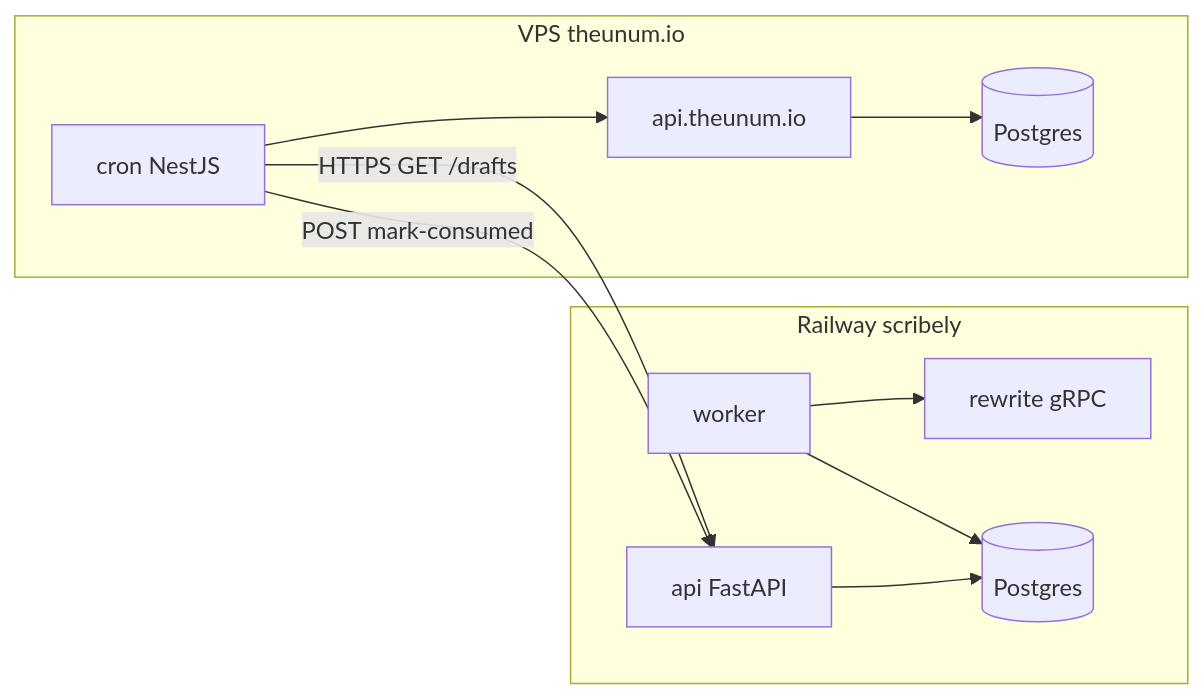
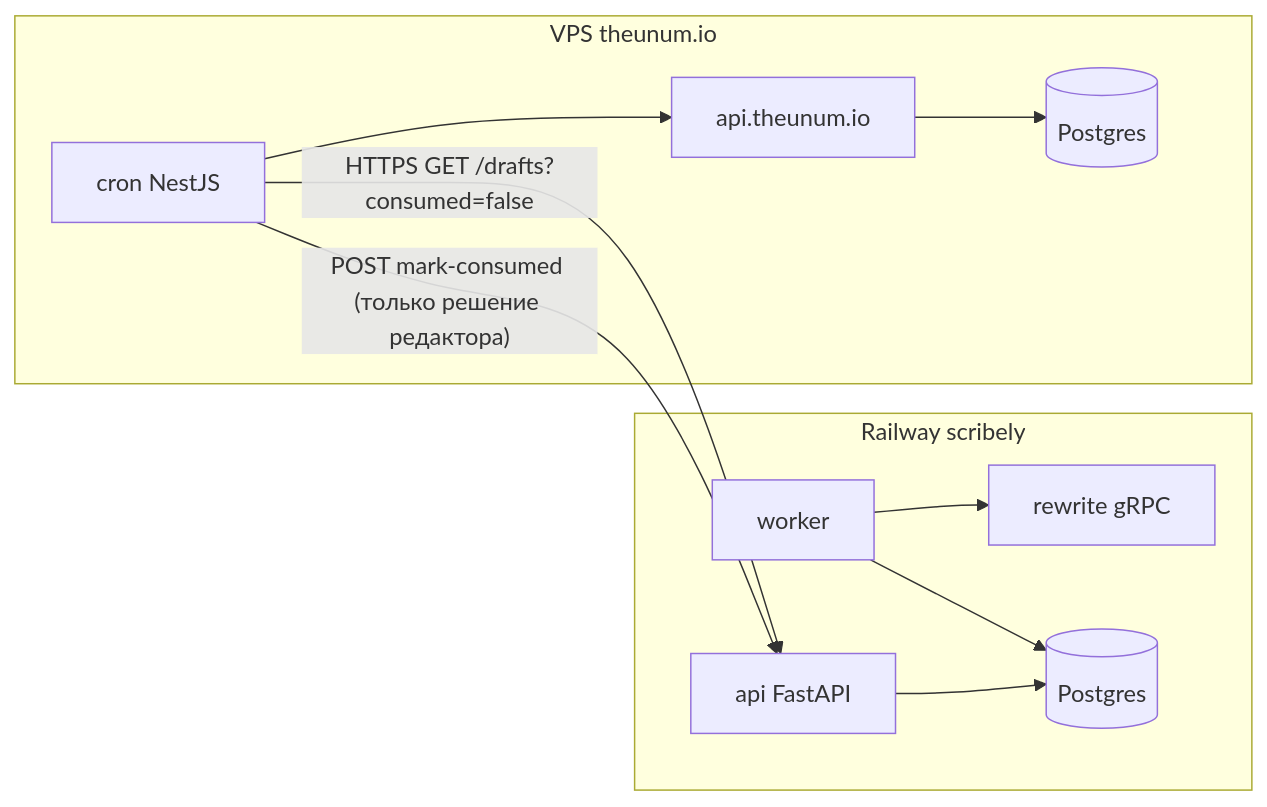
The first of 2 diagrams in docs/Интеграция_theunum_Export_API.md (infotheunum/api-scribely), drawn with Mermaid before and after one commit. The commit also changed other lines of this file and 3 other files, not shown here.

First line of the commit message:
docs: mark-consumed on editor decision, not on sync

````diff
--- a/docs/Интеграция_theunum_Export_API.md
+++ b/docs/Интеграция_theunum_Export_API.md
@@ -173,23 +173,23 @@
 ```mermaid
 flowchart LR
   subgraph railway [Railway scribely]
     Worker[worker]
     Rewrite[rewrite gRPC]
     Api[api FastAPI]
     PgS[(Postgres)]
     Worker --> Rewrite
     Worker --> PgS
     Api --> PgS
   end
 
   subgraph vps [VPS theunum.io]
     Cron[cron NestJS]
     ApiT[api.theunum.io]
     PgT[(Postgres)]
     Cron --> ApiT
     ApiT --> PgT
   end
 
-  Cron -->|"HTTPS GET /drafts"| Api
-  Cron -->|"POST mark-consumed"| Api
+  Cron -->|"HTTPS GET /drafts?consumed=false"| Api
+  Cron -->|"POST mark-consumed (только решение редактора)"| Api
 ```
````
